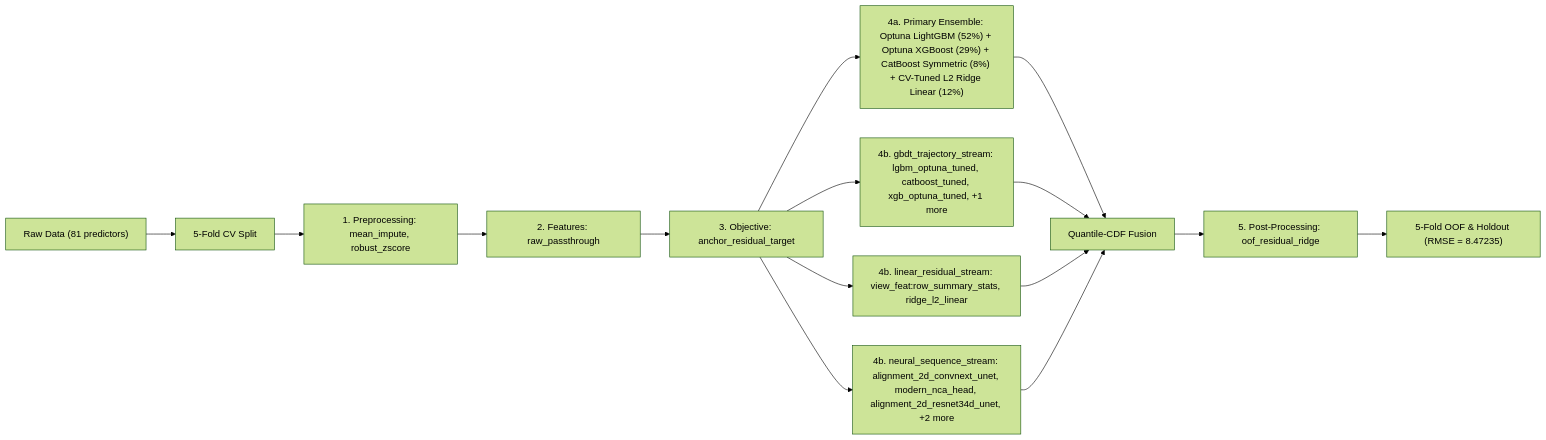
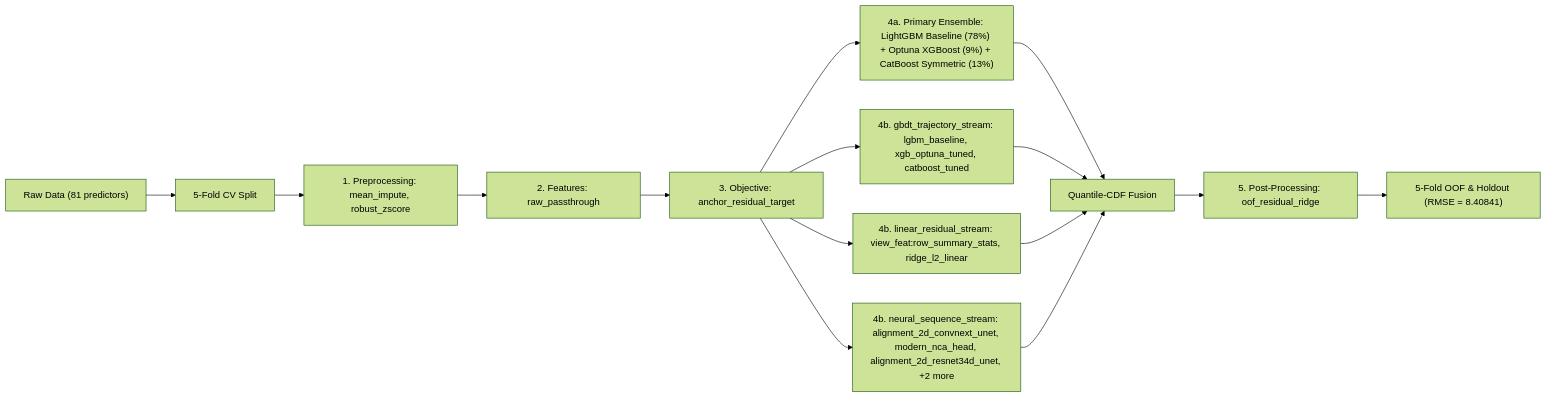
One commit to stefanoclss/ROGII-Wellbore-Geology-Prediction changed the diagram in README.md. Above: the diagram before and after it, drawn with Mermaid (forest theme). The commit also changed other lines of this file, not shown here.

First line of the commit message:
docs(readme): refresh verified OOF benchmark & build ledger (RMSE=8.40841)

````diff
--- a/README.md
+++ b/README.md
@@ -78,17 +78,17 @@
 ```mermaid
 flowchart LR
     DATA["Raw Data (81 predictors)"] --> SPLIT["5-Fold CV Split"]
     SPLIT --> PRE["1. Preprocessing: mean_impute, robust_zscore"]
     PRE --> FEAT["2. Features: raw_passthrough"]
     FEAT --> OBJ["3. Objective: anchor_residual_target"]
-    OBJ --> M0["4a. Primary Ensemble: Optuna LightGBM (52%) + Optuna XGBoost (29%) + CatBoost Symmetric (8%) + CV-Tuned L2 Ridge Linear (12%)"]
+    OBJ --> M0["4a. Primary Ensemble: LightGBM Baseline (78%) + Optuna XGBoost (9%) + CatBoost Symmetric (13%)"]
     M0 --> FUSE["Quantile-CDF Fusion"]
-    OBJ --> S1["4b. gbdt_trajectory_stream: lgbm_optuna_tuned, catboost_tuned, xgb_optuna_tuned, +1 more"]
+    OBJ --> S1["4b. gbdt_trajectory_stream: lgbm_baseline, xgb_optuna_tuned, catboost_tuned"]
     S1 --> FUSE
     OBJ --> S2["4b. linear_residual_stream: view_feat:row_summary_stats, ridge_l2_linear"]
     S2 --> FUSE
     OBJ --> S3["4b. neural_sequence_stream: alignment_2d_convnext_unet, modern_nca_head, alignment_2d_resnet34d_unet, +2 more"]
     S3 --> FUSE
     FUSE --> POST["5. Post-Processing: oof_residual_ridge"]
-    POST --> OUT["5-Fold OOF & Holdout (RMSE = 8.47235)"]
+    POST --> OUT["5-Fold OOF & Holdout (RMSE = 8.40841)"]
 ```
````
